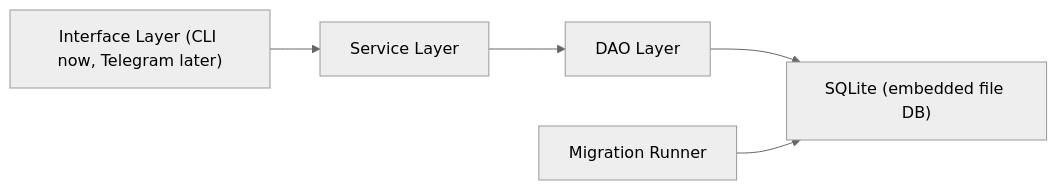
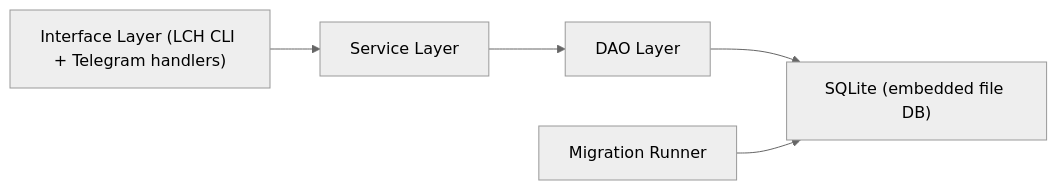
Before and after one commit to nayyer28/leetcoach: the diagram in docs/v1-software-design.md, drawn with Mermaid (neutral theme). The commit also changed other lines of this file and 2 other files, not shown here.

````diff
--- a/docs/v1-software-design.md
+++ b/docs/v1-software-design.md
@@ -8,7 +8,7 @@
 ```mermaid
 flowchart LR
-    A["Interface Layer (CLI now, Telegram later)"] --> B["Service Layer"]
+    A["Interface Layer (LCH CLI + Telegram handlers)"] --> B["Service Layer"]
     B --> C["DAO Layer"]
     C --> D["SQLite (embedded file DB)"]
     E["Migration Runner"] --> D
 ```
````
